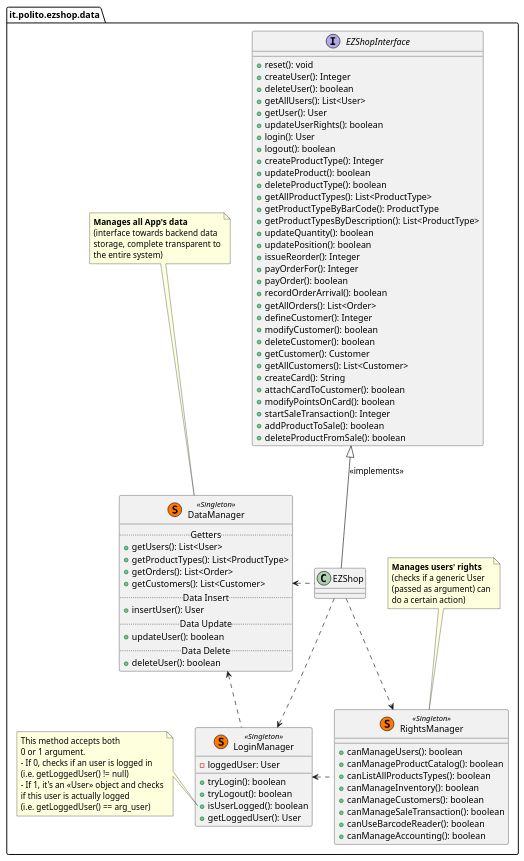
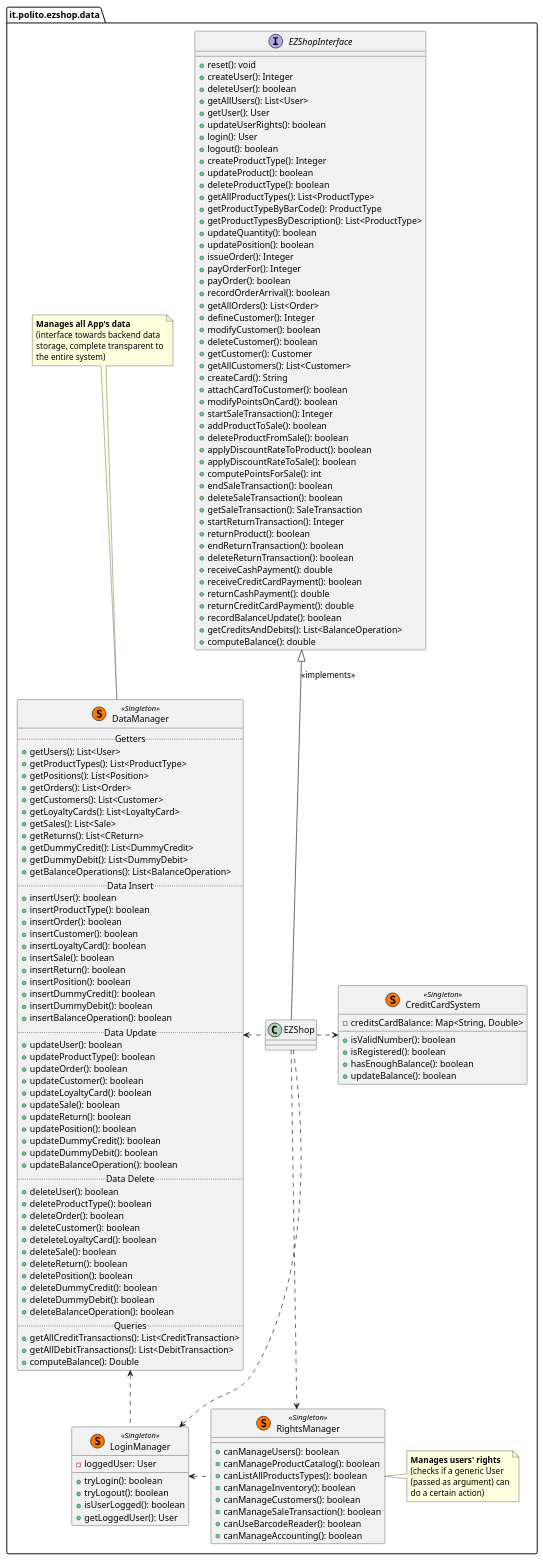
The second of 4 diagrams in Deliverables/DesignDocument.md (thegabriele97/EzShop), drawn with PlantUML before and after one commit.

Commit message:
docs: DesignDocument, updated class diagram

````diff
--- a/Deliverables/DesignDocument.md
+++ b/Deliverables/DesignDocument.md
@@ -59,9 +59,9 @@
 ```plantuml
+
 package "it.polito.ezshop.data" as data {
 
     interface "EZShopInterface" as ezinterface {
-        
-        {method} +reset(): void
+        +reset(): void
         +createUser(): Integer
         +deleteUser(): boolean
         +getAllUsers(): List<User>
@@ -77,7 +77,7 @@
         +getProductTypesByDescription(): List<ProductType>
         +updateQuantity(): boolean
         +updatePosition(): boolean
-        +issueReorder(): Integer
+        +issueOrder(): Integer
         +payOrderFor(): Integer
         +payOrder(): boolean
         +recordOrderArrival(): boolean
@@ -93,6 +93,23 @@
         +startSaleTransaction(): Integer
         +addProductToSale(): boolean
         +deleteProductFromSale(): boolean
+        +applyDiscountRateToProduct(): boolean
+        +applyDiscountRateToSale(): boolean
+        +computePointsForSale(): int
+        +endSaleTransaction(): boolean
+        +deleteSaleTransaction(): boolean
+        +getSaleTransaction(): SaleTransaction
+        +startReturnTransaction(): Integer
+        +returnProduct(): boolean
+        +endReturnTransaction(): boolean
+        +deleteReturnTransaction(): boolean
+        +receiveCashPayment(): double
+        +receiveCreditCardPayment(): boolean
+        +returnCashPayment(): double
+        +returnCreditCardPayment(): double
+        +recordBalanceUpdate(): boolean
+        +getCreditsAndDebits(): List<BalanceOperation>
+        +computeBalance(): double
     }
 
     class "EZShop" as ezshop {
@@ -120,19 +137,68 @@
 
     class "DataManager" as DataManager << (S,#FF7700) Singleton >> {
         ..Getters..
-        {method} +getUsers(): List<User>
+        +getUsers(): List<User>
         +getProductTypes(): List<ProductType>
+        +getPositions(): List<Position>
         +getOrders(): List<Order>
         +getCustomers(): List<Customer>
+        +getLoyaltyCards(): List<LoyaltyCard>
+        +getSales(): List<Sale>
+        +getReturns(): List<CReturn>
+        +getDummyCredit(): List<DummyCredit>
+        +getDummyDebit(): List<DummyDebit>
+        +getBalanceOperations(): List<BalanceOperation>
         ..Data Insert..
-        +insertUser(): User
+        +insertUser(): boolean
+        +insertProductType(): boolean
+        +insertOrder(): boolean
+        +insertCustomer(): boolean
+        +insertLoyaltyCard(): boolean
+        +insertSale(): boolean
+        +insertReturn(): boolean
+        +insertPosition(): boolean
+        +insertDummyCredit(): boolean
+        +insertDummyDebit(): boolean
+        +insertBalanceOperation(): boolean
         ..Data Update..
         +updateUser(): boolean
+        +updateProductType(): boolean
+        +updateOrder(): boolean
+        +updateCustomer(): boolean
+        +updateLoyaltyCard(): boolean
+        +updateSale(): boolean
+        +updateReturn(): boolean
+        +updatePosition(): boolean
+        +updateDummyCredit(): boolean
+        +updateDummyDebit(): boolean
+        +updateBalanceOperation(): boolean
         ..Data Delete..
         +deleteUser(): boolean
+        +deleteProductType(): boolean
+        +deleteOrder(): boolean
+        +deleteCustomer(): boolean
+        +deteleteLoyaltyCard(): boolean
+        +deleteSale(): boolean
+        +deleteReturn(): boolean
+        +deletePosition(): boolean
+        +deleteDummyCredit(): boolean
+        +deleteDummyDebit(): boolean
+        +deleteBalanceOperation(): boolean
+        ..Queries..
+        +getAllCreditTransactions(): List<CreditTransaction>
+        +getAllDebitTransactions(): List<DebitTransaction>
+        +computeBalance(): Double
     }
 
-    note top of RightsManager
+    class CreditCardSystem << (S,#FF7700) Singleton >> {
+        -creditsCardBalance: Map<String, Double>
+        +isValidNumber(): boolean
+        +isRegistered(): boolean
+        +hasEnoughBalance(): boolean
+        +updateBalance(): boolean
+    }
+
+    note right of RightsManager
         <b>Manages users' rights</b>
         (checks if a generic User
         (passed as argument) can
@@ -146,20 +212,21 @@
         the entire system)
     end note
 
-    note left of LoginManager::isUserLogged
-        This method accepts both
-        0 or 1 argument.
-        - If 0, checks if an user is logged in
-        (i.e. getLoggedUser() != null)
-        - If 1, it's an <<User>> object and checks
-        if this user is actually logged
-        (i.e. getLoggedUser() == arg_user)
-    end note
+    'note left of LoginManager::isUserLogged
+    '    This method accepts both
+    '    0 or 1 argument.
+    '    - If 0, checks if an user is logged in
+    '    (i.e. getLoggedUser() != null)
+    '    - If 1, it's an <<User>> object and checks
+    '    if this user is actually logged
+    '    (i.e. getLoggedUser() == arg_user)
+    'end note
 
     ezshop -up-|> ezinterface : <<implements>>
     ezshop ..> LoginManager
     ezshop ..> RightsManager
     ezshop .left.> DataManager
+    ezshop .right.> CreditCardSystem
 
     RightsManager .left.> LoginManager
     LoginManager .up.> DataManager
````
